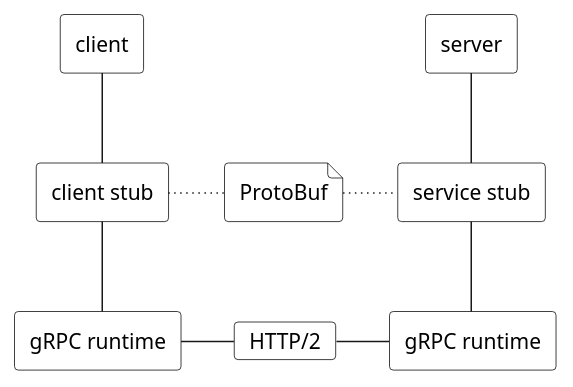
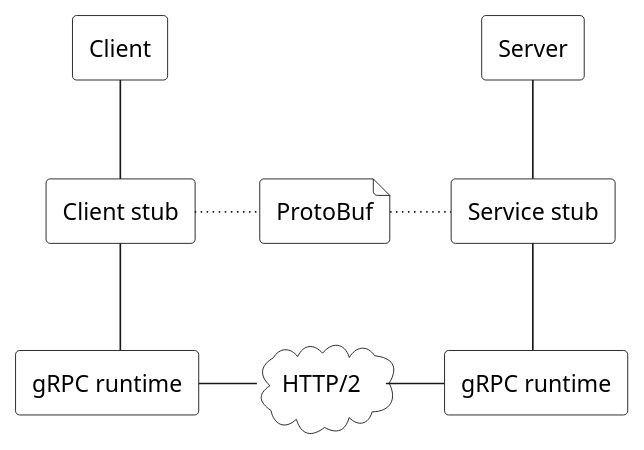
One commit to c0p4c4b4n4/grpc-grpc-java changed the diagram in example1/images/gRPC.puml. Above: the diagram before and after it, drawn with PlantUML. The commit also changed 3 other files, not shown here.

```diff
--- a/example1/images/gRPC.puml
+++ b/example1/images/gRPC.puml
@@ -1,43 +1,44 @@
 @startuml
 
+scale 1.1
 skinparam linetype ortho
 
 skinparam rectangle {
   BackgroundColor transparent
   BorderColor black
 }
 
 skinparam file {
   BackgroundColor transparent
   BorderColor black
 }
 
-skinparam card {
+skinparam cloud {
   BackgroundColor transparent
   BorderColor black
 }
 
-rectangle "client" as C1
-rectangle "client stub" as C2
+rectangle "Client" as C1
+rectangle "Client stub" as C2
 rectangle "gRPC runtime" as C3
 
-rectangle "server" as S1
-rectangle "service stub" as S2
+rectangle "Server" as S1
+rectangle "Service stub" as S2
 rectangle "gRPC runtime" as S3
 
 file "ProtoBuf" as P
-card "HTTP/2" as H
+cloud "HTTP/2" as H
 
 C1 -down- C2
 C2 -down- C3
 
 S1 -down- S2
 S2 -down- S3
 
 C2 --[dotted]right-- P
 P --[dotted]right-- S2
 
-C3 -right- H
-H -right- S3
+C3 --right-- H
+H --right-- S3
 
 @enduml
```
